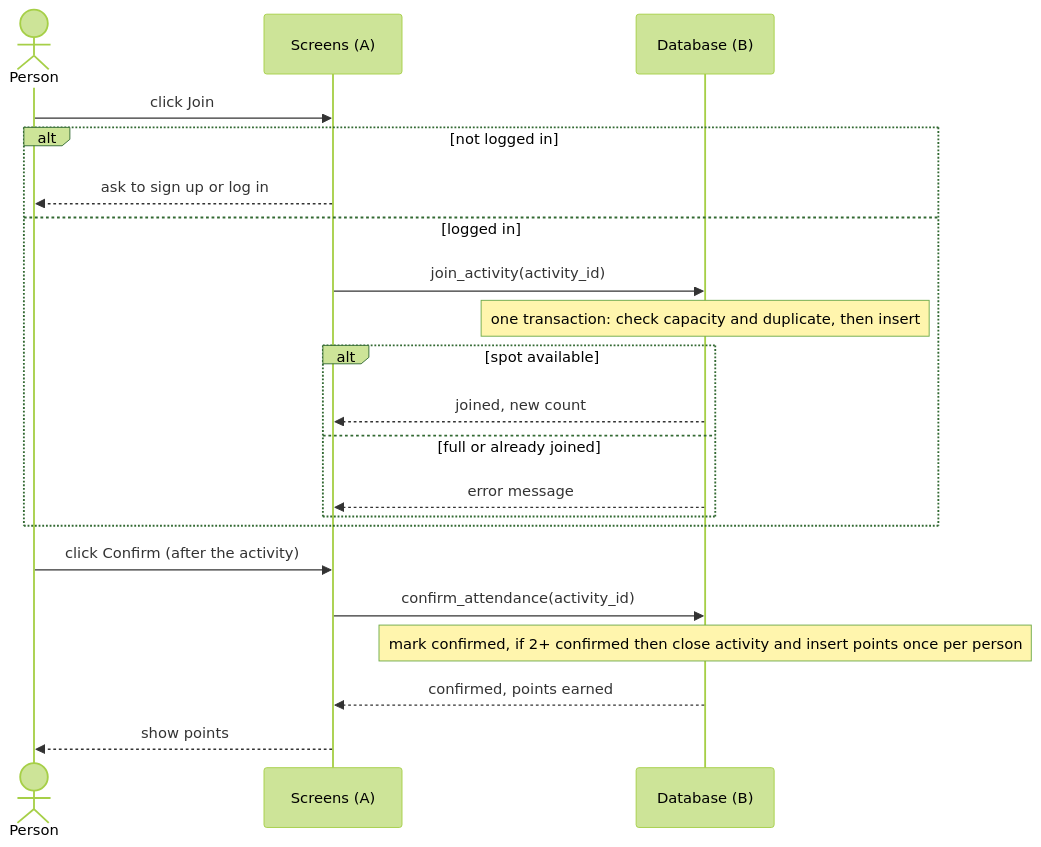
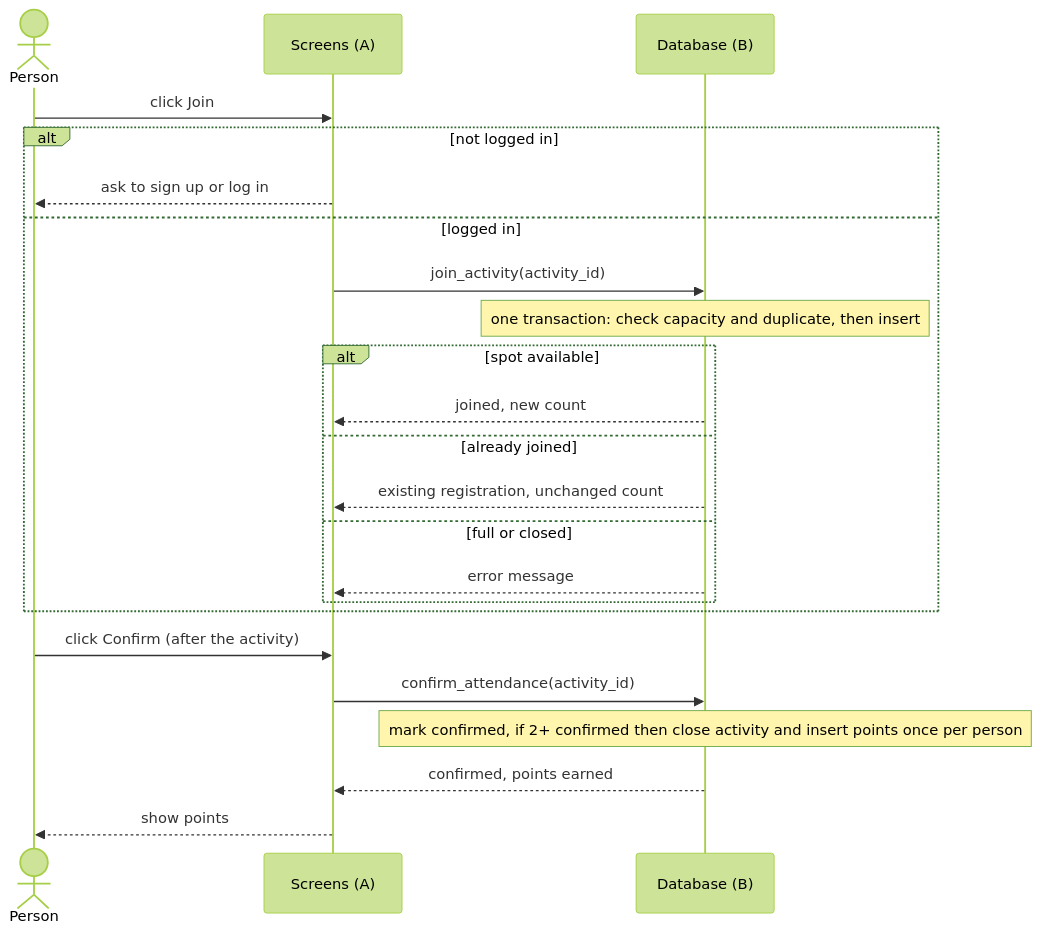
Before and after one commit to ElRifeno34/outside-together-codejam: the fourth of 7 diagrams in PlanOff.md, drawn with Mermaid (forest theme). The commit also changed other lines of this file and 21 other files, not shown here.

````diff
--- a/PlanOff.md
+++ b/PlanOff.md
@@ -205,25 +206,27 @@
 ```mermaid
 sequenceDiagram
     actor P as Person
     participant UI as Screens (A)
     participant DB as Database (B)
 
     P->>UI: click Join
     alt not logged in
         UI-->>P: ask to sign up or log in
     else logged in
         UI->>DB: join_activity(activity_id)
         Note over DB: one transaction: check capacity and duplicate, then insert
         alt spot available
             DB-->>UI: joined, new count
-        else full or already joined
+        else already joined
+            DB-->>UI: existing registration, unchanged count
+        else full or closed
             DB-->>UI: error message
         end
     end
 
     P->>UI: click Confirm (after the activity)
     UI->>DB: confirm_attendance(activity_id)
     Note over DB: mark confirmed, if 2+ confirmed then close activity and insert points once per person
     DB-->>UI: confirmed, points earned
     UI-->>P: show points
 ```
````
